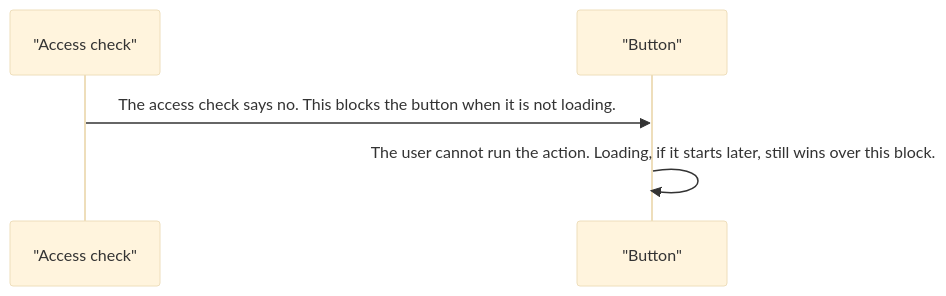
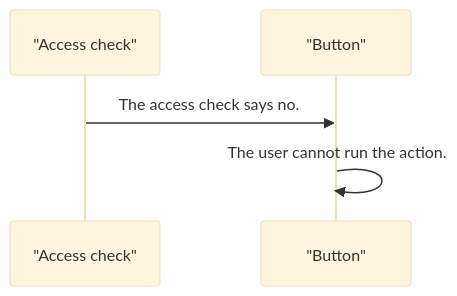
One commit to RajshekharBorate/pixel-ui changed the fifth of 8 diagrams in projects/pixel-ui/src/lib/pixel-button/DESIGN.md. Above: the diagram before and after it, drawn with Mermaid (base theme). The commit also changed other lines of this file and 80 other files, not shown here.

Commit message:
Fill missing design flows and correct the stories that did not match component behavior.

````diff
--- a/projects/pixel-ui/src/lib/pixel-button/DESIGN.md
+++ b/projects/pixel-ui/src/lib/pixel-button/DESIGN.md
@@ -109,7 +115,7 @@
 ```mermaid
 sequenceDiagram
   participant access as "Access check"
   participant button as "Button"
-  access->>button: The access check says no. This blocks the button when it is not loading.
-  button->>button: The user cannot run the action. Loading, if it starts later, still wins over this block.
+  access->>button: The access check says no.
+  button->>button: The user cannot run the action.
 ```
````
